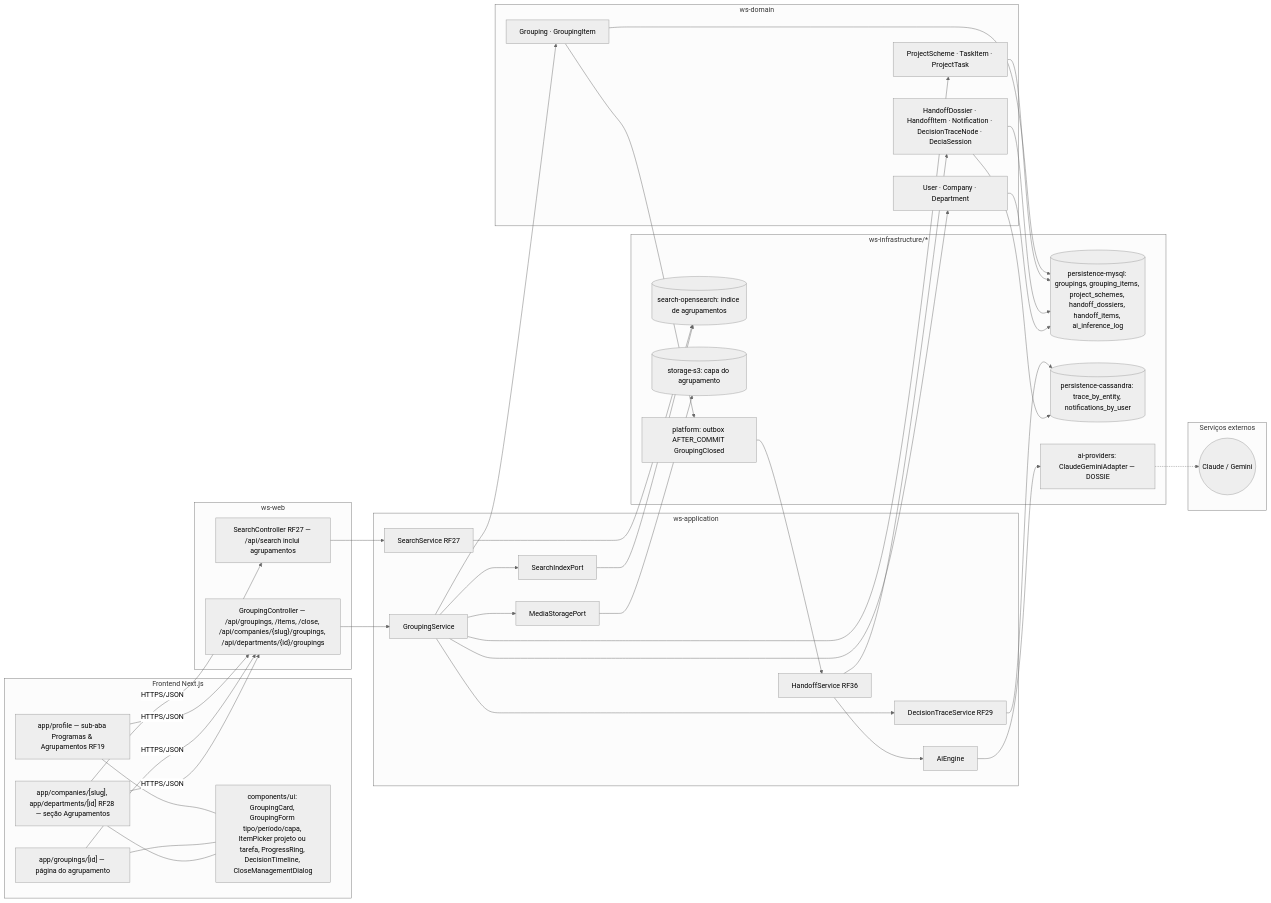
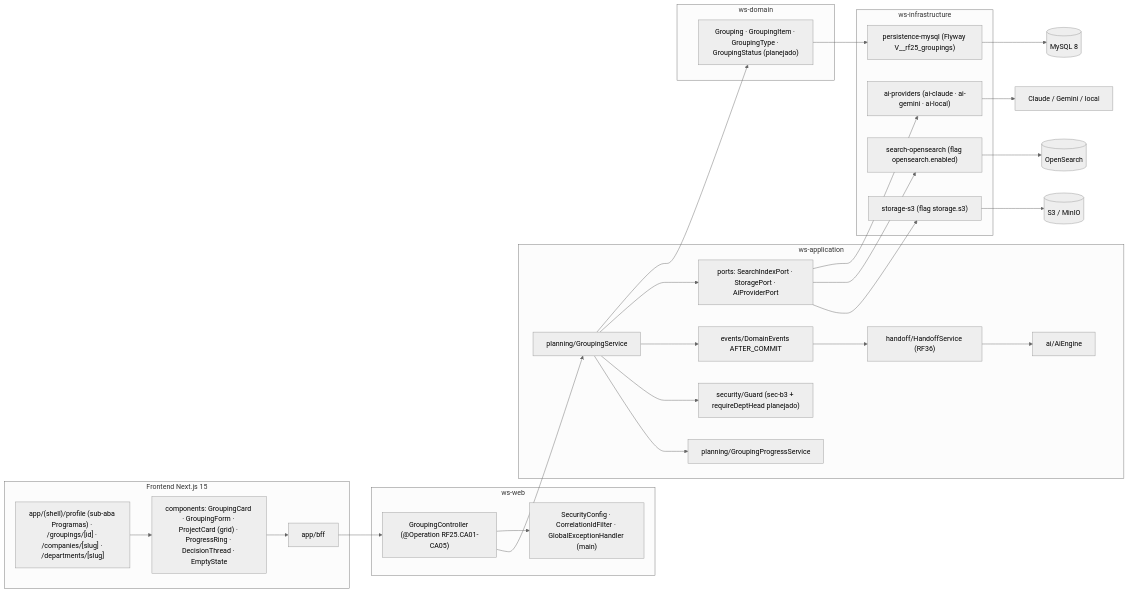
Before and after one commit to MatheusHaliski/Decia-app-2026: the fifth of 5 diagrams in docs/diagramas/RF25/README.md, drawn with Mermaid (neutral theme). The commit also changed other lines of this file and 5 other files, not shown here.

First line of the commit message:
docs(diagramas): reescreve RF24–RF29 (classes, atividades, sequência, estados, componentes)

````diff
--- a/docs/diagramas/RF25/README.md
+++ b/docs/diagramas/RF25/README.md
@@ -456,75 +342,41 @@
 ```mermaid
 flowchart LR
-  subgraph FE["Frontend Next.js"]
-    F1["app/profile — sub-aba Programas & Agrupamentos RF19"]
-    F2["app/groupings/[id] — página do agrupamento"]
-    F3["app/companies/[slug], app/departments/[id] RF28 — seção Agrupamentos"]
-    F4["components/ui: GroupingCard, GroupingForm tipo/período/capa, ItemPicker projeto ou tarefa, ProgressRing, DecisionTimeline, CloseManagementDialog"]
+  subgraph FRONT["Frontend Next.js 15"]
+    R1["app/(shell)/profile (sub-aba Programas) · /groupings/[id] · /companies/[slug] · /departments/[slug]"]
+    R2["components: GroupingCard · GroupingForm · ProjectCard (grid) · ProgressRing · DecisionThread · EmptyState"]
+    BFF["app/bff"]
+    R1 --> R2 --> BFF
   end
-
   subgraph WEB["ws-web"]
-    C1["GroupingController — /api/groupings, /items, /close, /api/companies/{slug}/groupings, /api/departments/{id}/groupings"]
-    C2["SearchController RF27 — /api/search inclui agrupamentos"]
+    GC["GroupingController (@Operation RF25.CA01-CA05)"]
+    SEC["SecurityConfig · CorrelationIdFilter · GlobalExceptionHandler (main)"]
   end
-
-  subgraph APP["ws-application"]
-    S1["GroupingService"]
-    S2["HandoffService RF36"]
-    S3["DecisionTraceService RF29"]
-    S4["SearchService RF27"]
-    S5["AiEngine"]
-    P1["SearchIndexPort"]
-    P2["MediaStoragePort"]
+  subgraph APPL["ws-application"]
+    GS["planning/GroupingService"]
+    GP["planning/GroupingProgressService"]
+    HS["handoff/HandoffService (RF36)"]
+    GD["security/Guard (sec-b3 + requireDeptHead planejado)"]
+    DE["events/DomainEvents AFTER_COMMIT"]
+    AIE["ai/AiEngine"]
+    PORTS["ports: SearchIndexPort · StoragePort · AiProviderPort"]
   end
-
   subgraph DOM["ws-domain"]
-    D1["Grouping · GroupingItem"]
-    D2["ProjectScheme · TaskItem · ProjectTask"]
-    D3["HandoffDossier · HandoffItem · Notification · DecisionTraceNode · DeciaSession"]
-    D4["User · Company · Department"]
+    ENT["Grouping · GroupingItem · GroupingType · GroupingStatus (planejado)"]
   end
-
-  subgraph INFRA["ws-infrastructure/*"]
-    I1[("persistence-mysql: groupings, grouping_items, project_schemes, handoff_dossiers, handoff_items, ai_inference_log")]
-    I2[("persistence-cassandra: trace_by_entity, notifications_by_user")]
-    I3[("search-opensearch: índice de agrupamentos")]
-    I4[("storage-s3: capa do agrupamento")]
-    I5["ai-providers: ClaudeGeminiAdapter — DOSSIE"]
-    I6["platform: outbox AFTER_COMMIT GroupingClosed"]
+  subgraph INFRA["ws-infrastructure"]
+    MY["persistence-mysql (Flyway V__rf25_groupings)"]
+    S3A["storage-s3 (flag storage.s3)"]
+    OSA["search-opensearch (flag opensearch.enabled)"]
+    AIP["ai-providers (ai-claude · ai-gemini · ai-local)"]
   end
-
-  subgraph EXT["Serviços externos"]
-    E1(("Claude / Gemini"))
-  end
-
-  F1 --- F4
-  F2 --- F4
-  F3 --- F4
-  F1 -->|"HTTPS/JSON"| C1
-  F2 -->|"HTTPS/JSON"| C1
-  F3 -->|"HTTPS/JSON"| C1
-  F3 -->|"HTTPS/JSON"| C2
-  C1 --> S1
-  C2 --> S4
-  S1 --> S3
-  S1 --> P1
-  S1 --> P2
-  S1 --> D1
-  S1 --> D2
-  S1 --> D4
-  D1 --> I6
-  I6 --> S2
-  S2 --> S5
-  S2 --> D3
-  S3 --> I2
-  S4 --> I3
-  D1 --> I1
-  D2 --> I1
-  D3 --> I1
-  D3 --> I2
-  D4 --> I1
-  P1 --> I3
-  P2 --> I4
-  S5 --> I5
-  I5 -.-> E1
+  BFF --> GC --> GS
+  GC --> SEC
+  GS --> GP
+  GS --> GD
+  GS --> DE --> HS --> AIE
+  GS --> PORTS
+  GS --> ENT --> MY --> MYSQL[("MySQL 8")]
+  PORTS --> S3A --> S3[("S3 / MinIO")]
+  PORTS --> OSA --> OPENS[("OpenSearch")]
+  PORTS --> AIP --> AI["Claude / Gemini / local"]
 ```
````
